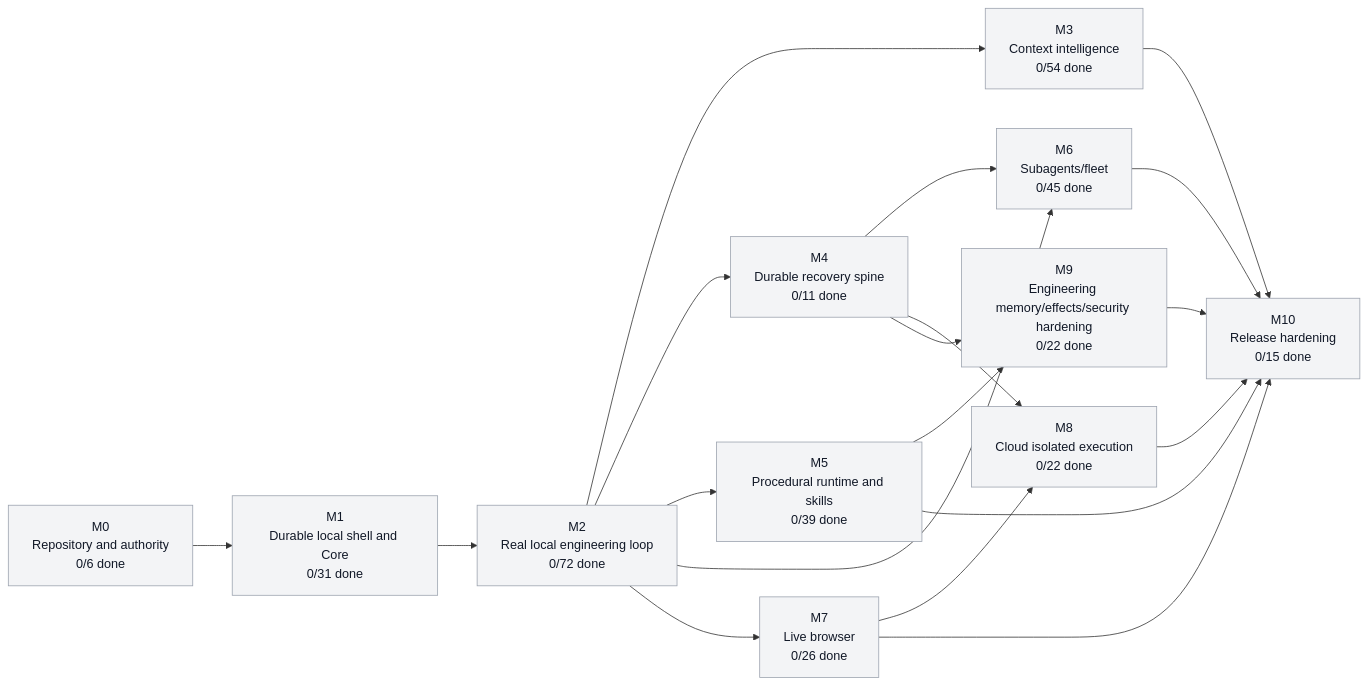
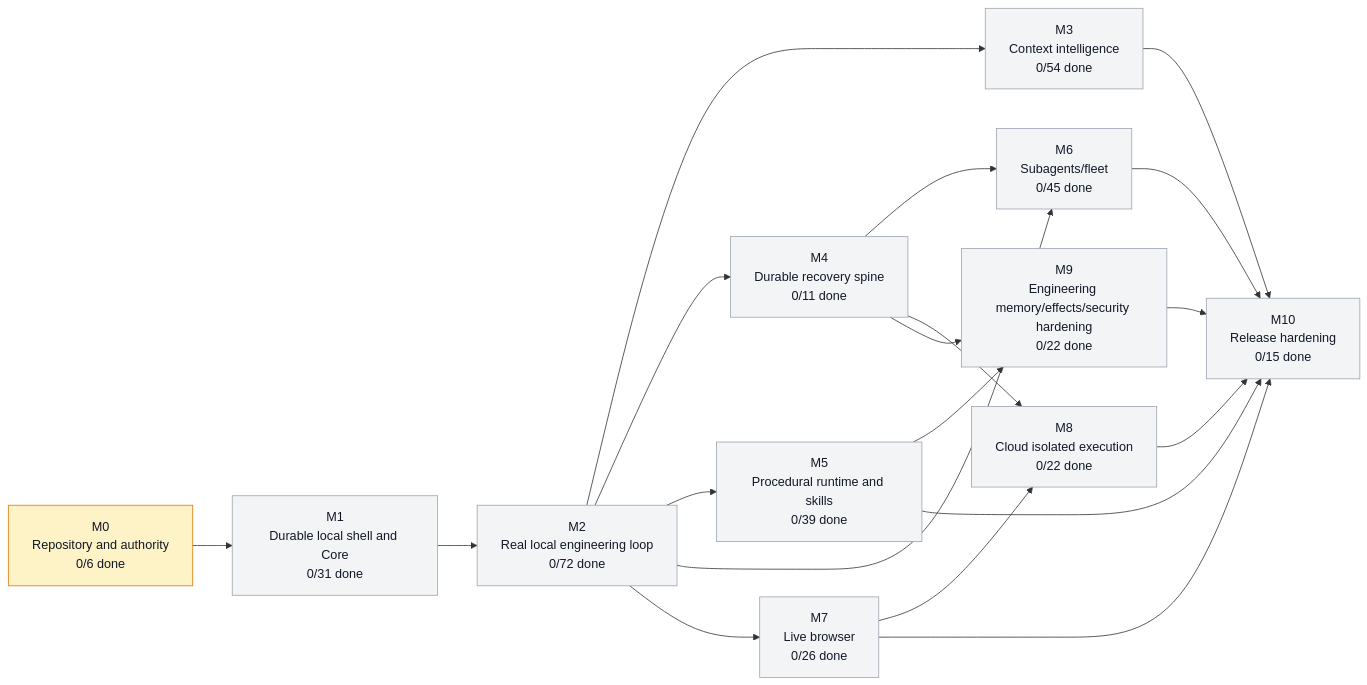
Before and after one commit to moss101/zmodbit: the first of 3 diagrams in graph/PROJECT_GRAPH.md, drawn with Mermaid. The commit also changed other lines of this file and 84 other files, not shown here.

First line of the commit message:
M0.1 (part 1): monorepo scaffold — Rust workspace, pnpm workspace, architecture-lint

````diff
--- a/graph/PROJECT_GRAPH.md
+++ b/graph/PROJECT_GRAPH.md
@@ -43,43 +43,43 @@
 ```mermaid
 flowchart LR
   M0["M0<br/>Repository and authority<br/>0/6 done"]
   M1["M1<br/>Durable local shell and Core<br/>0/31 done"]
   M2["M2<br/>Real local engineering loop<br/>0/72 done"]
   M3["M3<br/>Context intelligence<br/>0/54 done"]
   M4["M4<br/>Durable recovery spine<br/>0/11 done"]
   M5["M5<br/>Procedural runtime and skills<br/>0/39 done"]
   M6["M6<br/>Subagents/fleet<br/>0/45 done"]
   M7["M7<br/>Live browser<br/>0/26 done"]
   M8["M8<br/>Cloud isolated execution<br/>0/22 done"]
   M9["M9<br/>Engineering memory/effects/security hardening<br/>0/22 done"]
   M10["M10<br/>Release hardening<br/>0/15 done"]
   M0 --> M1
   M1 --> M2
   M2 --> M3
   M2 --> M4
   M2 --> M5
   M2 --> M6
   M4 --> M6
   M2 --> M7
   M4 --> M8
   M7 --> M8
   M4 --> M9
   M5 --> M9
   M3 --> M10
   M5 --> M10
   M6 --> M10
   M7 --> M10
   M8 --> M10
   M9 --> M10
-  style M0 fill:#f3f4f6,stroke:#9ca3af,color:#111827
+  style M0 fill:#fef3c7,stroke:#d97706,color:#111827
   style M1 fill:#f3f4f6,stroke:#9ca3af,color:#111827
   style M2 fill:#f3f4f6,stroke:#9ca3af,color:#111827
   style M3 fill:#f3f4f6,stroke:#9ca3af,color:#111827
   style M4 fill:#f3f4f6,stroke:#9ca3af,color:#111827
   style M5 fill:#f3f4f6,stroke:#9ca3af,color:#111827
   style M6 fill:#f3f4f6,stroke:#9ca3af,color:#111827
   style M7 fill:#f3f4f6,stroke:#9ca3af,color:#111827
   style M8 fill:#f3f4f6,stroke:#9ca3af,color:#111827
   style M9 fill:#f3f4f6,stroke:#9ca3af,color:#111827
   style M10 fill:#f3f4f6,stroke:#9ca3af,color:#111827
 ```
````
